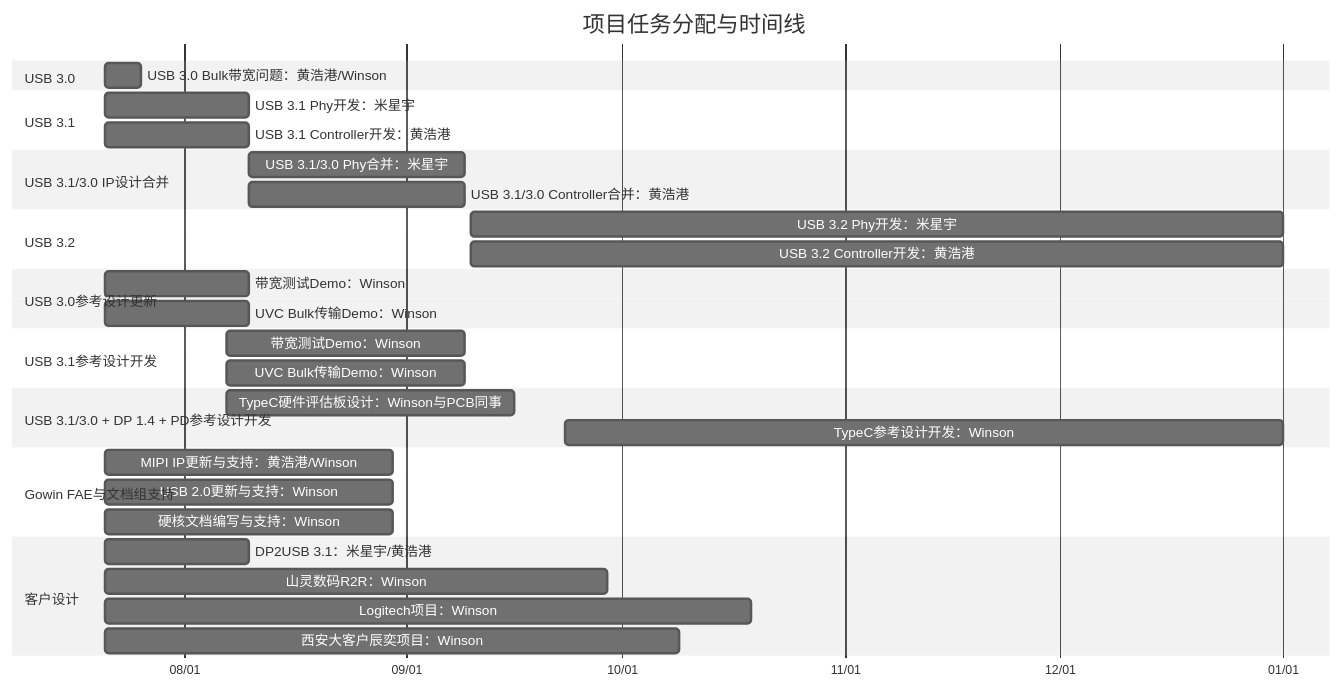
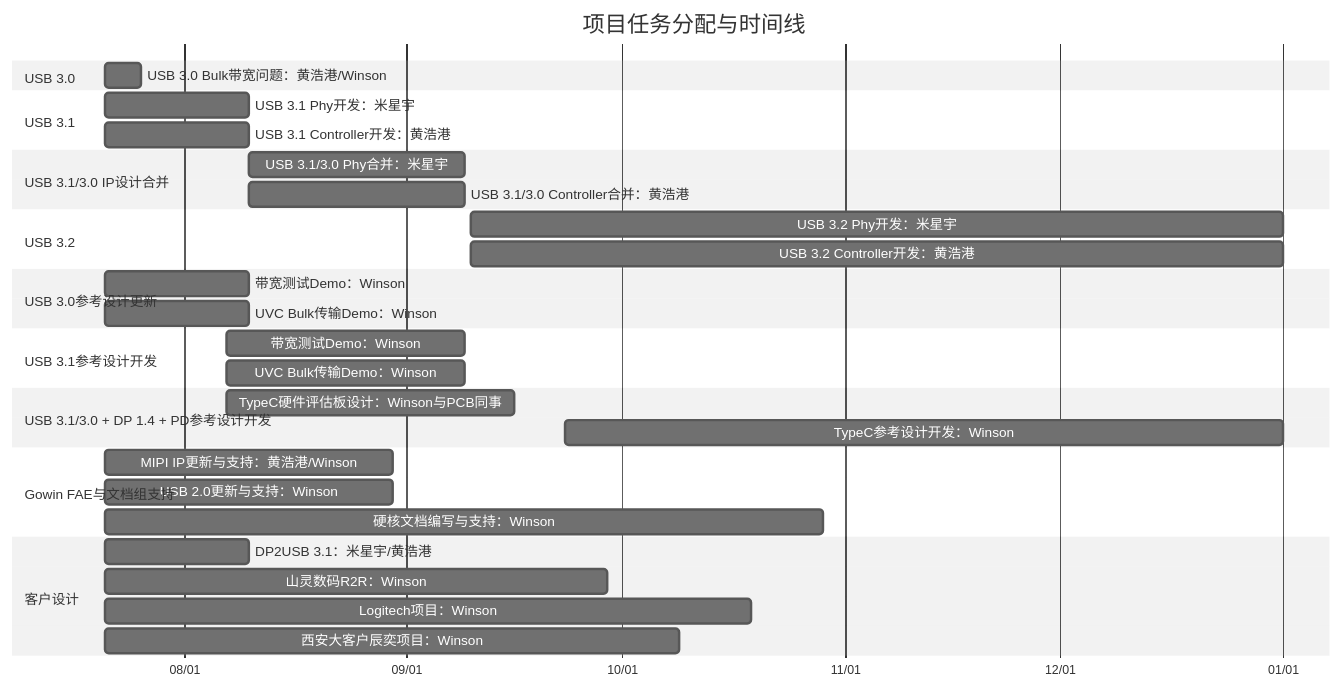
The diagram in all/未命名.md (winsonbook/iodraw-files), drawn with Mermaid (neutral theme) before and after one commit.

Commit message:
2025-07-21 10:37:13 update

````diff
--- a/all/未命名.md
+++ b/all/未命名.md
@@ -1,44 +1,44 @@
 ```mermaid
 gantt
     title 项目任务分配与时间线
     dateFormat  YYYY-MM-DD
     axisFormat  %m/%d
 
     section USB 3.0
     USB 3.0 Bulk带宽问题：黄浩港/Winson   :    task1, 2025-07-21, 5d
 
     section USB 3.1
     USB 3.1 Phy开发：米星宇      :         task2, 2025-07-21, 20d
     USB 3.1 Controller开发：黄浩港      :  task3, 2025-07-21, 20d
 
     section USB 3.1/3.0 IP设计合并
     USB 3.1/3.0 Phy合并：米星宇       :    task4, 2025-08-10, 30d
     USB 3.1/3.0 Controller合并：黄浩港:    task5, 2025-08-10, 30d
 
     section USB 3.2
     USB 3.2 Phy开发：米星宇      :         task2, 2025-09-10, 113d
     USB 3.2 Controller开发：黄浩港      :  task3, 2025-09-10, 113d
 
     section USB 3.0参考设计更新
     带宽测试Demo：Winson       :         task6, 2025-07-21, 20d
     UVC Bulk传输Demo：Winson   :        task7, 2025-07-21, 20d
 
     section USB 3.1参考设计开发
     带宽测试Demo：Winson       :         task8, 2025-08-07, 33d
     UVC Bulk传输Demo：Winson   :         task9, 2025-08-07, 33d
 
     section USB 3.1/3.0 + DP 1.4 + PD参考设计开发
     TypeC硬件评估板设计：Winson与PCB同事       :         task10, 2025-08-07, 40d
     TypeC参考设计开发：Winson   :         task11, 2025-09-23, 100d
 
     section Gowin FAE与文档组支持
     MIPI IP更新与支持：黄浩港/Winson :       task16, 2025-07-21, 40d
     USB 2.0更新与支持：Winson :             task17, 2025-07-21, 40d
-    硬核文档编写与支持：Winson :         task18, 2025-07-21, 40d
+    硬核文档编写与支持：Winson :         task18, 2025-07-21, 100d
 
     section 客户设计
     DP2USB 3.1：米星宇/黄浩港      :task12, 2025-07-21, 20d
     山灵数码R2R：Winson :             task13, 2025-07-21, 70d
     Logitech项目：Winson :            task14, 2025-07-21, 90d
     西安大客户辰奕项目：Winson :       task15, 2025-07-21, 80d
 ```
````
